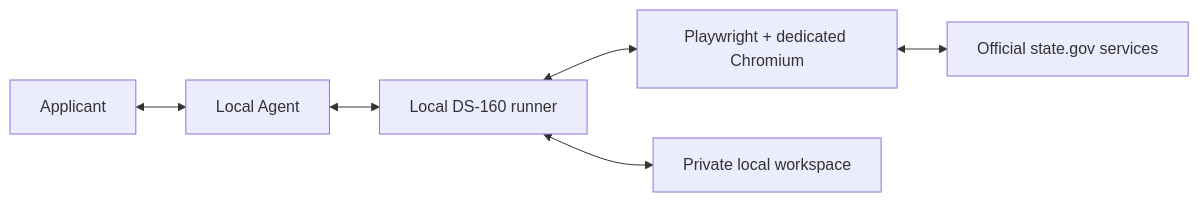
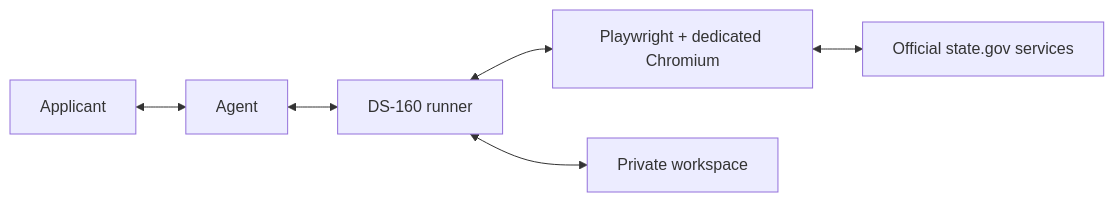
Before and after one commit to gamhoi/ds160-autofill-releases: the diagram in README.md, drawn with Mermaid. The commit also changed other lines of this file and 1 other file, not shown here.

Commit message:
Publish public documentation from 3321dfcb27cb

````diff
--- a/README.md
+++ b/README.md
@@ -57,8 +58,8 @@
 ```mermaid
 flowchart LR
-  U[Applicant] <--> A[Local Agent]
-  A <--> R[Local DS-160 runner]
+  U[Applicant] <--> A[Agent]
+  A <--> R[DS-160 runner]
   R <--> B[Playwright + dedicated Chromium]
   B <--> S[Official state.gov services]
-  R <--> W[Private local workspace]
+  R <--> W[Private workspace]
 ```
````
